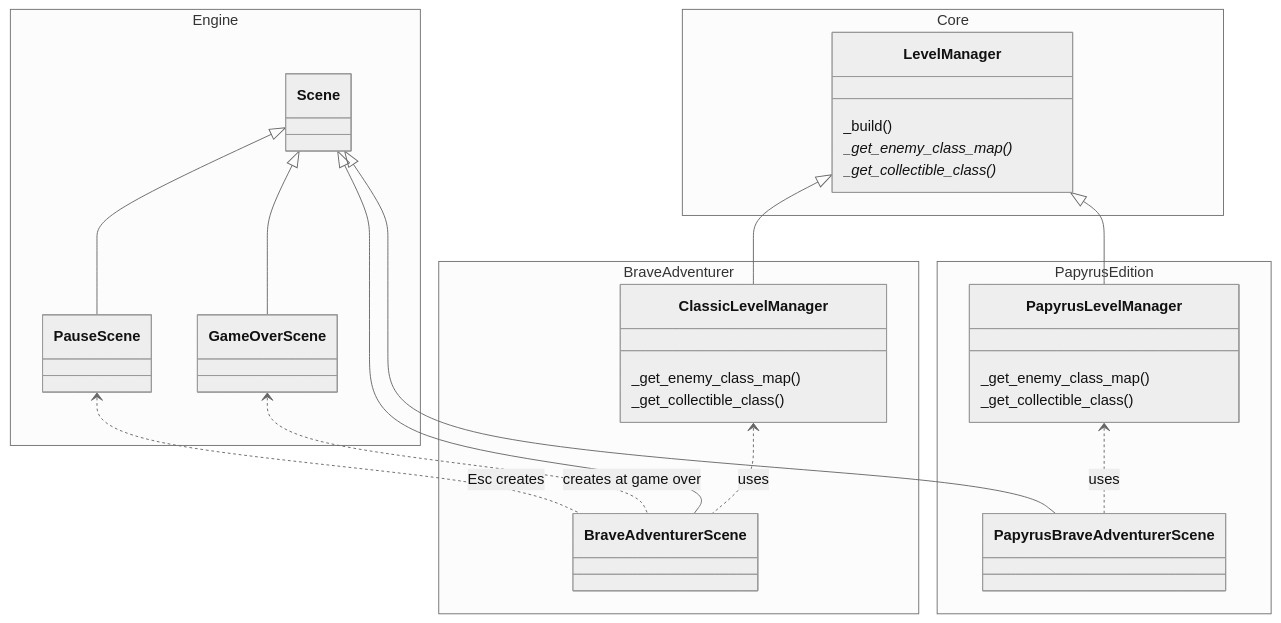
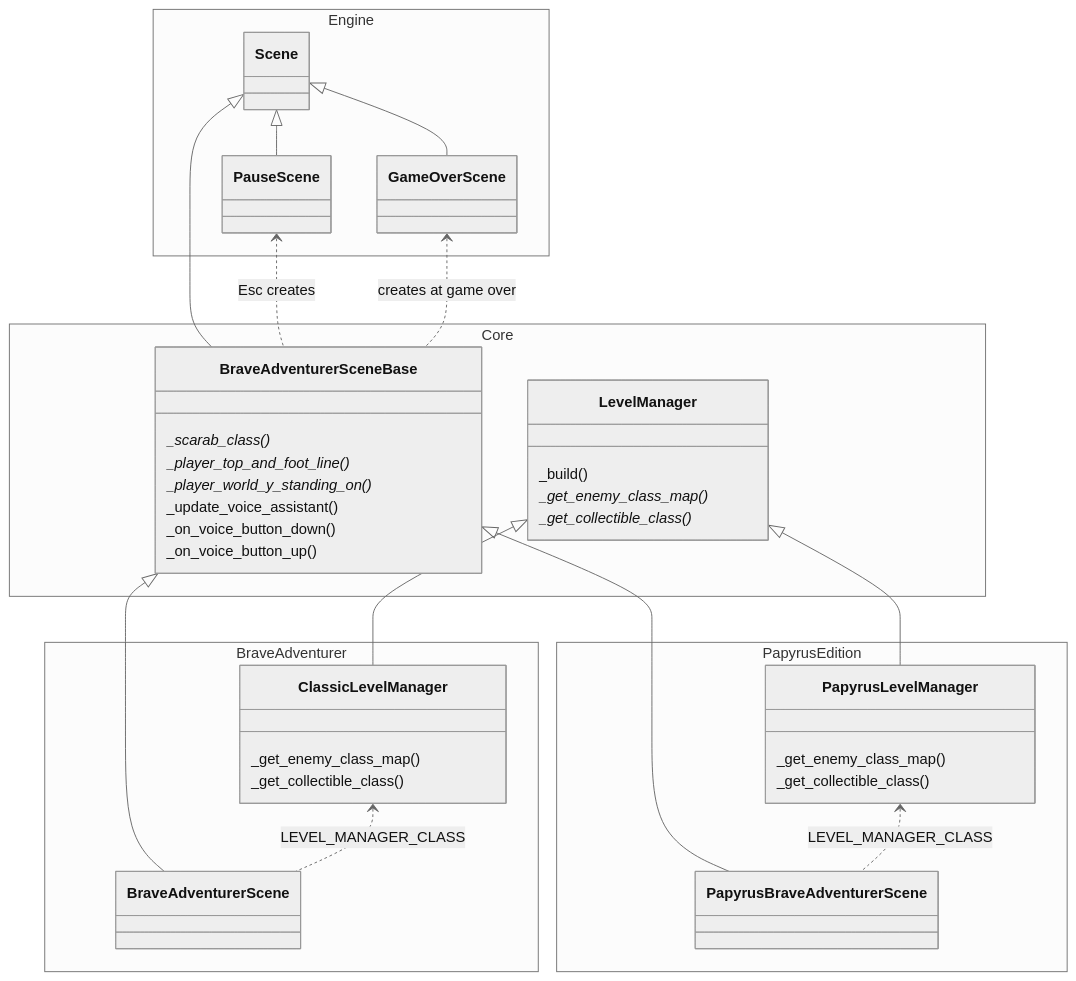
The seventh of 8 diagrams in docs/games/brave_adventurer.md (terrysimons/glitchygames), drawn with Mermaid (neutral theme) before and after one commit. The commit also changed other lines of this file and 11 other files, not shown here.

First line of the commit message:
Brave Adventurer: one scene base for both games (no behaviour change)

````diff
--- a/docs/games/brave_adventurer.md
+++ b/docs/games/brave_adventurer.md
@@ -616,42 +617,51 @@
 ```mermaid
 classDiagram
     direction TB
     namespace Engine {
         class Scene
         class PauseScene
         class GameOverScene
     }
     namespace Core {
+        class BraveAdventurerSceneBase {
+            _scarab_class()*
+            _player_top_and_foot_line()*
+            _player_world_y_standing_on()*
+            _update_voice_assistant()
+            _on_voice_button_down()
+            _on_voice_button_up()
+        }
         class LevelManager {
             _build()
             _get_enemy_class_map()*
             _get_collectible_class()*
         }
     }
     namespace BraveAdventurer {
         class BraveAdventurerScene
         class ClassicLevelManager {
             _get_enemy_class_map()
             _get_collectible_class()
         }
     }
     namespace PapyrusEdition {
         class PapyrusBraveAdventurerScene
         class PapyrusLevelManager {
             _get_enemy_class_map()
             _get_collectible_class()
         }
     }
 
     Scene <|-- PauseScene
     Scene <|-- GameOverScene
-    Scene <|-- BraveAdventurerScene
-    Scene <|-- PapyrusBraveAdventurerScene
+    Scene <|-- BraveAdventurerSceneBase
+    BraveAdventurerSceneBase <|-- BraveAdventurerScene
+    BraveAdventurerSceneBase <|-- PapyrusBraveAdventurerScene
     LevelManager <|-- ClassicLevelManager
     LevelManager <|-- PapyrusLevelManager
 
-    PauseScene <.. BraveAdventurerScene : Esc creates
-    GameOverScene <.. BraveAdventurerScene : creates at game over
-    ClassicLevelManager <.. BraveAdventurerScene : uses
-    PapyrusLevelManager <.. PapyrusBraveAdventurerScene : uses
+    PauseScene <.. BraveAdventurerSceneBase : Esc creates
+    GameOverScene <.. BraveAdventurerSceneBase : creates at game over
+    ClassicLevelManager <.. BraveAdventurerScene : LEVEL_MANAGER_CLASS
+    PapyrusLevelManager <.. PapyrusBraveAdventurerScene : LEVEL_MANAGER_CLASS
 ```
````
